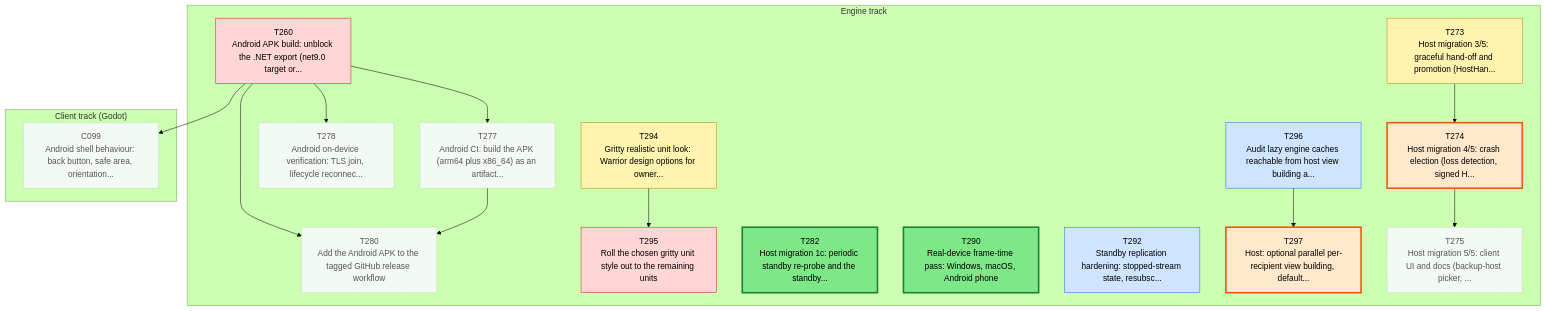
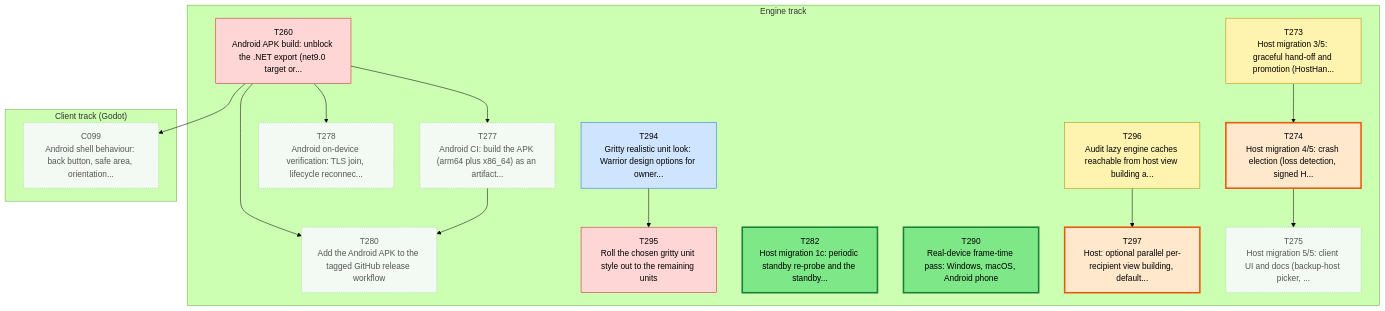
The first of 3 diagrams in csharp/migration/DEPENDENCY_MAP.md (Kenmura/Unciv), drawn with Mermaid (forest theme) before and after one commit. The commit also changed other lines of this file and 1 other file, not shown here.

Commit message:
migration: T294 -> Needs-Review [Claude-warrior]

````diff
--- a/csharp/migration/DEPENDENCY_MAP.md
+++ b/csharp/migration/DEPENDENCY_MAP.md
@@ -35,53 +35,51 @@
 ```mermaid
 flowchart TD
   subgraph TTRACK["Engine track"]
     T260["T260<br/>Android APK build: unblock the .NET export (net9.0 target or..."]
     T273["T273<br/>Host migration 3/5: graceful hand-off and promotion (HostHan..."]
     T274["T274<br/>Host migration 4/5: crash election (loss detection, signed H..."]
     T275["T275<br/>Host migration 5/5: client UI and docs (backup-host picker, ..."]
     T277["T277<br/>Android CI: build the APK (arm64 plus x86_64) as an artifact..."]
     T278["T278<br/>Android on-device verification: TLS join, lifecycle reconnec..."]
     T280["T280<br/>Add the Android APK to the tagged GitHub release workflow"]
     T282["T282<br/>Host migration 1c: periodic standby re-probe and the standby..."]
     T290["T290<br/>Real-device frame-time pass: Windows, macOS, Android phone"]
-    T292["T292<br/>Standby replication hardening: stopped-stream state, resubsc..."]
     T294["T294<br/>Gritty realistic unit look: Warrior design options for owner..."]
     T295["T295<br/>Roll the chosen gritty unit style out to the remaining units"]
     T296["T296<br/>Audit lazy engine caches reachable from host view building a..."]
     T297["T297<br/>Host: optional parallel per-recipient view building, default..."]
   end
   subgraph CTRACK["Client track (Godot)"]
     C099["C099<br/>Android shell behaviour: back button, safe area, orientation..."]
   end
   T273 --> T274
   T274 --> T275
   T260 --> T277
   T260 --> T278
   T260 --> T280
   T277 --> T280
   T294 --> T295
   T296 --> T297
   T260 --> C099
   classDef waiting fill:#f3faf3,stroke:#9bc49b,color:#555,stroke-dasharray:2 2
   classDef ondeck fill:#ffe8cc,stroke:#e8590c,stroke-width:3px,color:#000
   classDef ready fill:#7ee787,stroke:#1a7f37,stroke-width:3px,color:#000
   classDef prog fill:#fff3b0,stroke:#b58900,color:#000
   classDef review fill:#cfe4ff,stroke:#1f6feb,color:#000
   classDef blocked fill:#ffd6d6,stroke:#c62828,color:#000
   classDef done fill:#eeeeee,stroke:#999999,color:#666,stroke-dasharray:4 3
   class C099 waiting
   class T260 blocked
   class T273 prog
   class T274 ondeck
   class T275 waiting
   class T277 waiting
   class T278 waiting
   class T280 waiting
   class T282 ready
   class T290 ready
-  class T292 review
-  class T294 prog
+  class T294 review
   class T295 blocked
-  class T296 review
+  class T296 prog
   class T297 ondeck
 ```
````
